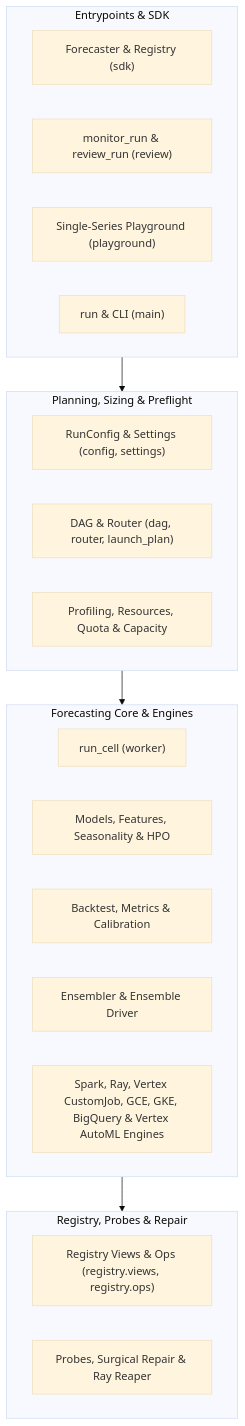
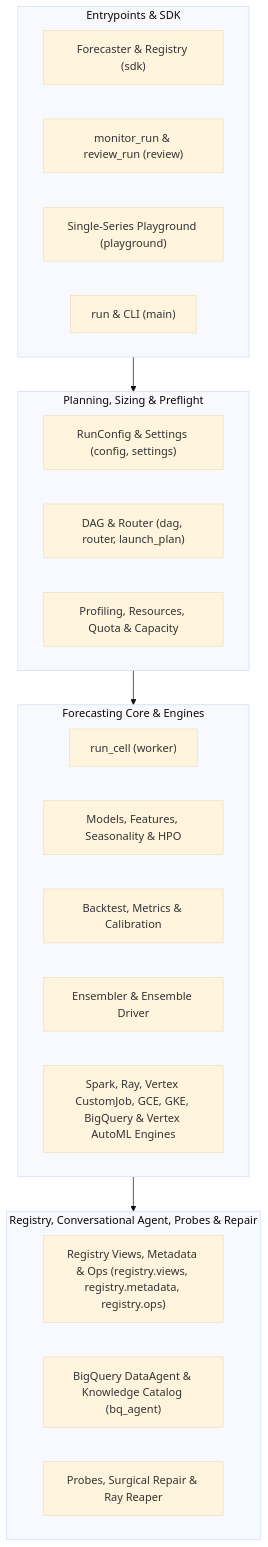
One commit to statmike/scale-forecasting changed the diagram in docs/api/index.md. Above: the diagram before and after it, drawn with Mermaid (base theme). The commit also changed other lines of this file and 92 other files, not shown here.

````diff
--- a/docs/api/index.md
+++ b/docs/api/index.md
@@ -5,26 +5,27 @@
 ```mermaid
 flowchart TD
     subgraph Entry["Entrypoints & SDK"]
         SDK["Forecaster & Registry (sdk)"]
         REV["monitor_run & review_run (review)"]
         PG["Single-Series Playground (playground)"]
         MAIN["run & CLI (main)"]
     end
     subgraph Plan["Planning, Sizing & Preflight"]
         CFG["RunConfig & Settings (config, settings)"]
         DAG["DAG & Router (dag, router, launch_plan)"]
         PROF["Profiling, Resources, Quota & Capacity"]
     end
     subgraph Core["Forecasting Core & Engines"]
         WRK["run_cell (worker)"]
         MOD["Models, Features, Seasonality & HPO"]
         BT["Backtest, Metrics & Calibration"]
         ENS["Ensembler & Ensemble Driver"]
         ENG["Spark, Ray, Vertex CustomJob, GCE, GKE, BigQuery & Vertex AutoML Engines"]
     end
-    subgraph Ops["Registry, Probes & Repair"]
-        REG["Registry Views & Ops (registry.views, registry.ops)"]
+    subgraph Ops["Registry, Conversational Agent, Probes & Repair"]
+        REG["Registry Views, Metadata & Ops (registry.views, registry.metadata, registry.ops)"]
+        BQA["BigQuery DataAgent & Knowledge Catalog (bq_agent)"]
         PRB["Probes, Surgical Repair & Ray Reaper"]
     end
     Entry --> Plan --> Core --> Ops
 ```
````
